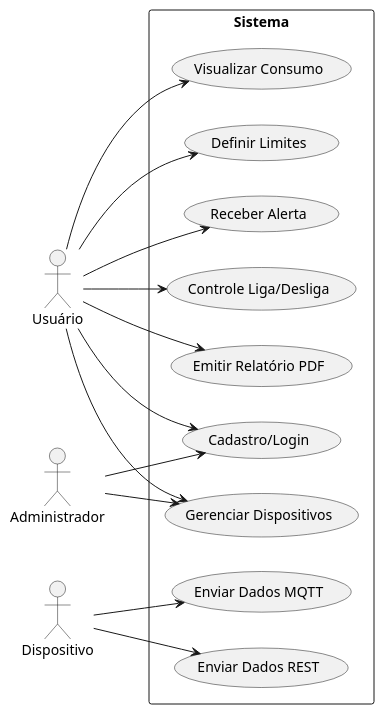
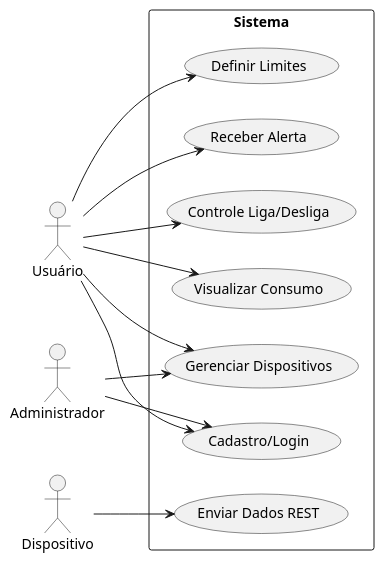
One commit to pedrohdcosta/projetoPortifolio changed the diagram in diagrams/useCaseDiagram.puml. Above: the diagram before and after it, drawn with PlantUML. The commit also changed 2 other files, not shown here.

```diff
--- a/diagrams/useCaseDiagram.puml
+++ b/diagrams/useCaseDiagram.puml
@@ -2,30 +2,26 @@
 @startuml
 left to right direction
 actor "Usuário" as U
 actor "Administrador" as A
 actor "Dispositivo" as D
 
 rectangle Sistema {
   (Cadastro/Login) as CU1
   (Gerenciar Dispositivos) as CU2
-  (Enviar Dados MQTT) as CU3
   (Enviar Dados REST) as CU4
   (Visualizar Consumo) as CU5
   (Definir Limites) as CU6
   (Receber Alerta) as CU7
   (Controle Liga/Desliga) as CU8
-  (Emitir Relatório PDF) as CU9
 }
 
 U --> CU1
 A --> CU1
 A --> CU2
-D --> CU3
 D --> CU4
 U --> CU2
 U --> CU5
 U --> CU6
 U --> CU7
 U --> CU8
-U --> CU9
 @enduml
```
